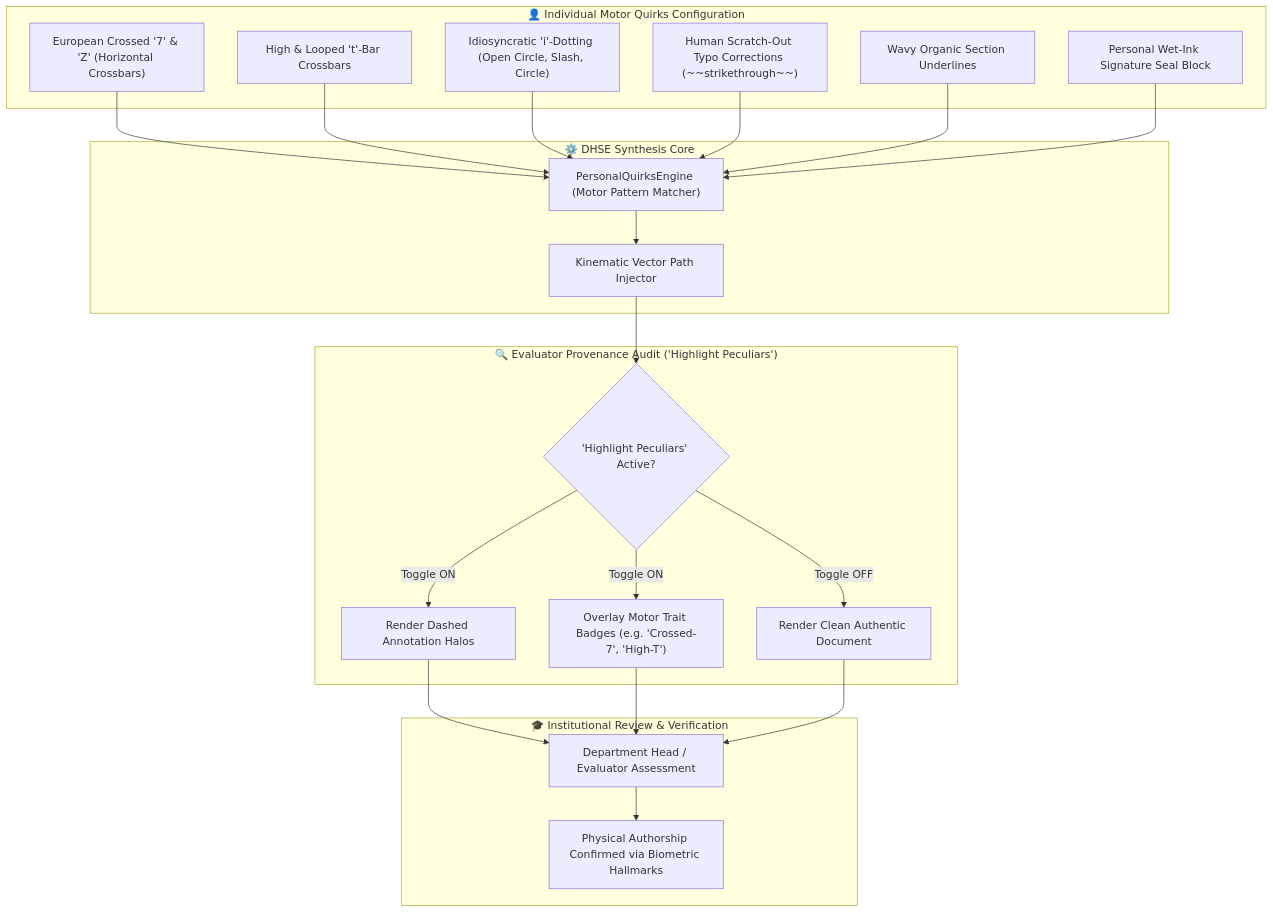
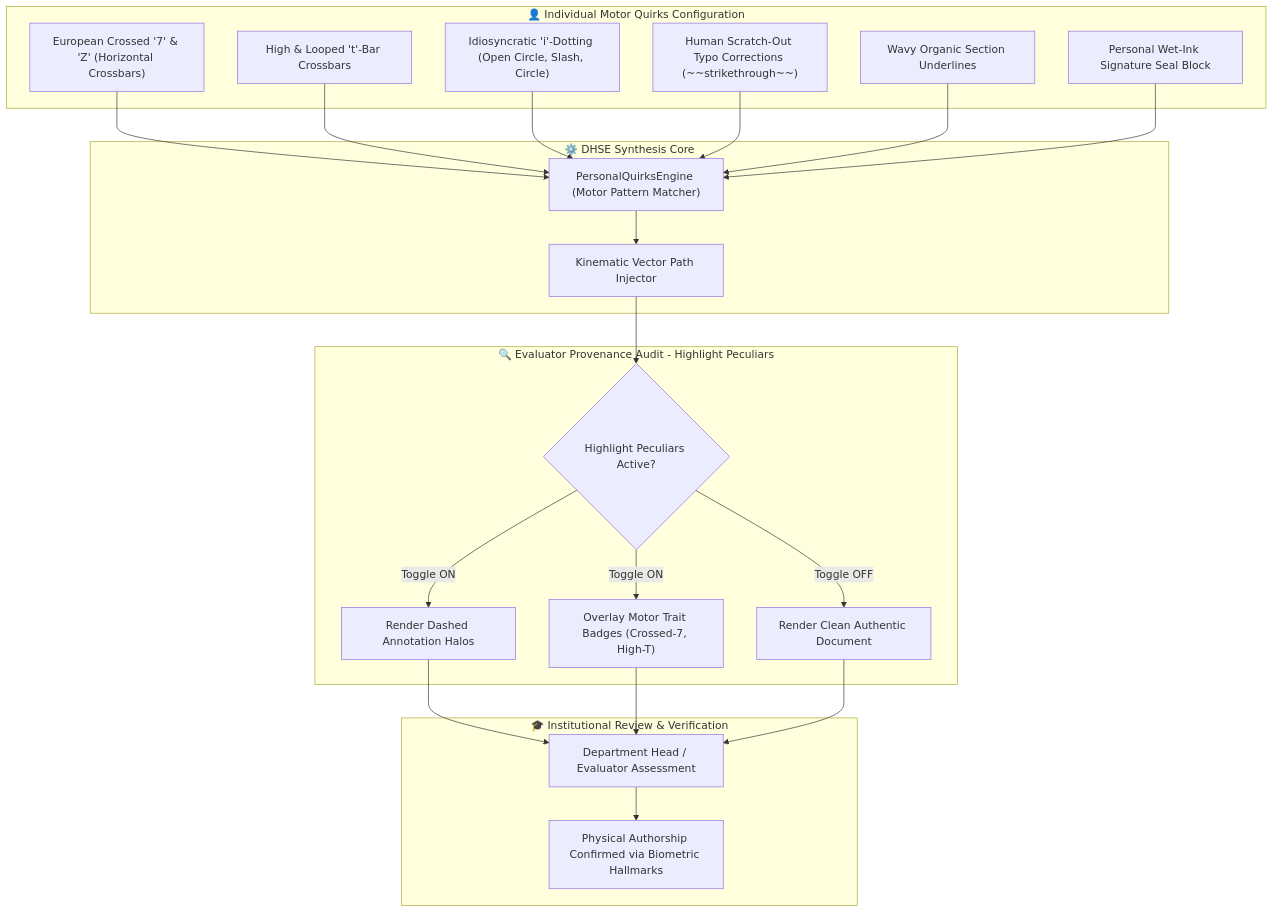
The fourth of 6 diagrams in README.md (sepas1609/DiffusionPen), drawn with Mermaid before and after one commit. The commit also changed other lines of this file, not shown here.

Commit message:
fix(readme): rectify KaTeX delimiter escaping and Mermaid node math formatting

````diff
--- a/README.md
+++ b/README.md
@@ -261,47 +261,47 @@
 ```mermaid
 graph TD
     subgraph Motor_Habits ["👤 Individual Motor Quirks Configuration"]
         Q1["European Crossed '7' & 'Z' (Horizontal Crossbars)"]
         Q2["High & Looped 't'-Bar Crossbars"]
         Q3["Idiosyncratic 'i'-Dotting (Open Circle, Slash, Circle)"]
         Q4["Human Scratch-Out Typo Corrections (~~strikethrough~~)"]
         Q5["Wavy Organic Section Underlines"]
         Q6["Personal Wet-Ink Signature Seal Block"]
     end
 
     subgraph DHSE_Core ["⚙️ DHSE Synthesis Core"]
         QuirkEngine["PersonalQuirksEngine (Motor Pattern Matcher)"]
         StrokeInjector["Kinematic Vector Path Injector"]
     end
 
-    subgraph Evaluator_Mode ["🔍 Evaluator Provenance Audit ('Highlight Peculiars')"]
-        AuditToggle{"'Highlight Peculiars' Active?"}
+    subgraph Evaluator_Mode ["🔍 Evaluator Provenance Audit - Highlight Peculiars"]
+        AuditToggle{"Highlight Peculiars Active?"}
         HaloRenderer["Render Dashed Annotation Halos"]
-        BadgeRenderer["Overlay Motor Trait Badges (e.g. 'Crossed-7', 'High-T')"]
+        BadgeRenderer["Overlay Motor Trait Badges (Crossed-7, High-T)"]
         CleanRender["Render Clean Authentic Document"]
     end
 
     subgraph Output_Review ["🎓 Institutional Review & Verification"]
         ProfReview["Department Head / Evaluator Assessment"]
         VerificationCheck["Physical Authorship Confirmed via Biometric Hallmarks"]
     end
 
     Q1 --> QuirkEngine
     Q2 --> QuirkEngine
     Q3 --> QuirkEngine
     Q4 --> QuirkEngine
     Q5 --> QuirkEngine
     Q6 --> QuirkEngine
 
     QuirkEngine --> StrokeInjector
     StrokeInjector --> AuditToggle
 
     AuditToggle -->|"Toggle ON"| HaloRenderer
     AuditToggle -->|"Toggle ON"| BadgeRenderer
     AuditToggle -->|"Toggle OFF"| CleanRender
 
     HaloRenderer --> ProfReview
     BadgeRenderer --> ProfReview
     CleanRender --> ProfReview
     ProfReview --> VerificationCheck
 ```
````
